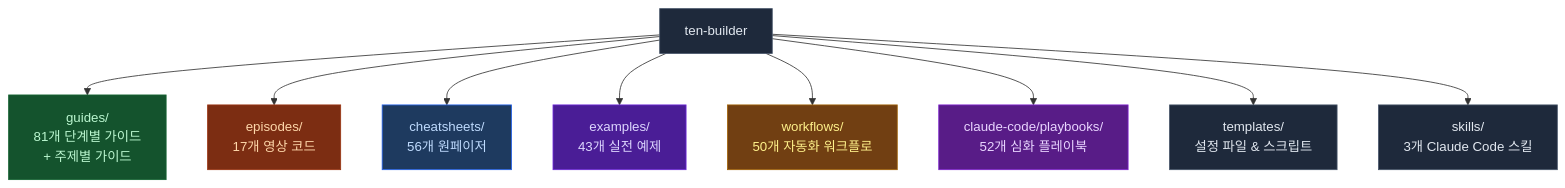
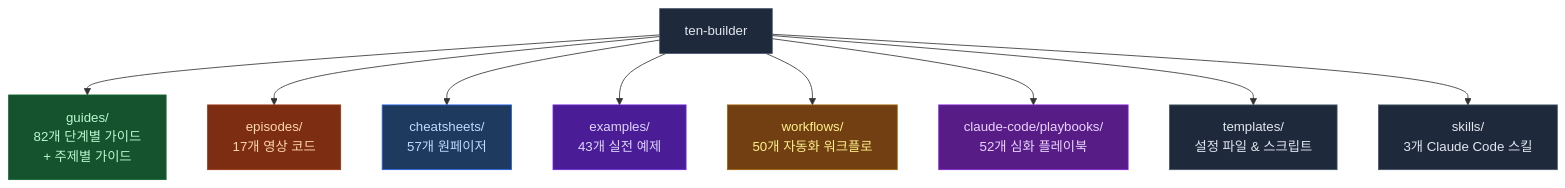
Before and after one commit to ten-builder/ten-builder: the first of 2 diagrams in README.md, drawn with Mermaid. The commit also changed other lines of this file, not shown here.

Commit message:
docs: README sync -- guide 80, cheatsheets vibe-coding-production and piv-loop

````diff
--- a/README.md
+++ b/README.md
@@ -23,21 +23,21 @@
 ```mermaid
 flowchart TD
-    R["ten-builder"] --> G["guides/\n81개 단계별 가이드\n+ 주제별 가이드"]
+    R["ten-builder"] --> G["guides/\n82개 단계별 가이드\n+ 주제별 가이드"]
     R --> E["episodes/\n17개 영상 코드"]
-    R --> C["cheatsheets/\n56개 원페이저"]
+    R --> C["cheatsheets/\n57개 원페이저"]
     R --> EX["examples/\n43개 실전 예제"]
     R --> W["workflows/\n50개 자동화 워크플로"]
     R --> P["claude-code/playbooks/\n52개 심화 플레이북"]
     R --> T["templates/\n설정 파일 & 스크립트"]
     R --> S["skills/\n3개 Claude Code 스킬"]
 
     style R fill:#1e293b,stroke:#475569,color:#e2e8f0
     style G fill:#14532d,stroke:#166534,color:#bbf7d0
     style E fill:#7c2d12,stroke:#9a3412,color:#fed7aa
     style C fill:#1e3a5f,stroke:#2563eb,color:#bfdbfe
     style EX fill:#4a1d96,stroke:#6d28d9,color:#ddd6fe
     style W fill:#713f12,stroke:#a16207,color:#fef08a
     style P fill:#581c87,stroke:#7e22ce,color:#e9d5ff
     style T fill:#1e293b,stroke:#475569,color:#e2e8f0
     style S fill:#1e293b,stroke:#475569,color:#e2e8f0
 ```
````
